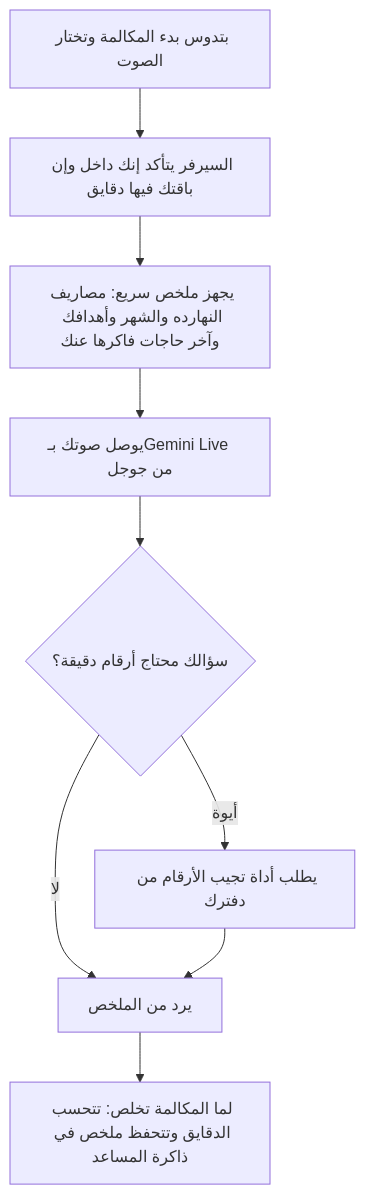
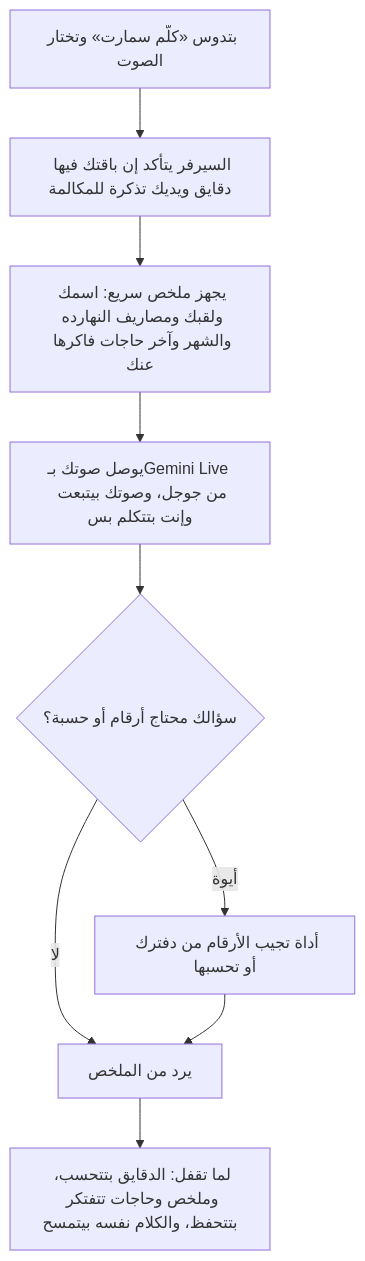
Before and after one commit to mahmoudtaherr111/smartspend_mini_all: the diagram in docs/ar/systems/voice-calls.md, drawn with Mermaid. The commit also changed other lines of this file and 67 other files, not shown here.

````diff
--- a/docs/ar/systems/voice-calls.md
+++ b/docs/ar/systems/voice-calls.md
@@ -14,11 +14,11 @@
 ```mermaid
 flowchart TD
-  A["بتدوس بدء المكالمة وتختار الصوت"] --> B["السيرفر يتأكد إنك داخل وإن باقتك فيها دقايق"]
-  B --> C["يجهز ملخص سريع: مصاريف النهارده والشهر وأهدافك وآخر حاجات فاكرها عنك"]
-  C --> D["يوصل صوتك بـGemini Live من جوجل"]
-  D --> E{"سؤالك محتاج أرقام دقيقة؟"}
+  A["بتدوس «كلّم سمارت» وتختار الصوت"] --> B["السيرفر يتأكد إن باقتك فيها دقايق ويديك تذكرة للمكالمة"]
+  B --> C["يجهز ملخص سريع: اسمك ولقبك ومصاريف النهارده والشهر وآخر حاجات فاكرها عنك"]
+  C --> D["يوصل صوتك بـGemini Live من جوجل، وصوتك بيتبعت وإنت بتتكلم بس"]
+  D --> E{"سؤالك محتاج أرقام أو حسبة؟"}
   E -->|"لا"| F["يرد من الملخص"]
-  E -->|"أيوة"| G["يطلب أداة تجيب الأرقام من دفترك"]
+  E -->|"أيوة"| G["أداة تجيب الأرقام من دفترك أو تحسبها"]
   G --> F
-  F --> H["لما المكالمة تخلص: تتحسب الدقايق وتتحفظ ملخص في ذاكرة المساعد"]
+  F --> H["لما تقفل: الدقايق بتتحسب، وملخص وحاجات تتفتكر بتتحفظ، والكلام نفسه بيتمسح"]
 ```
````
